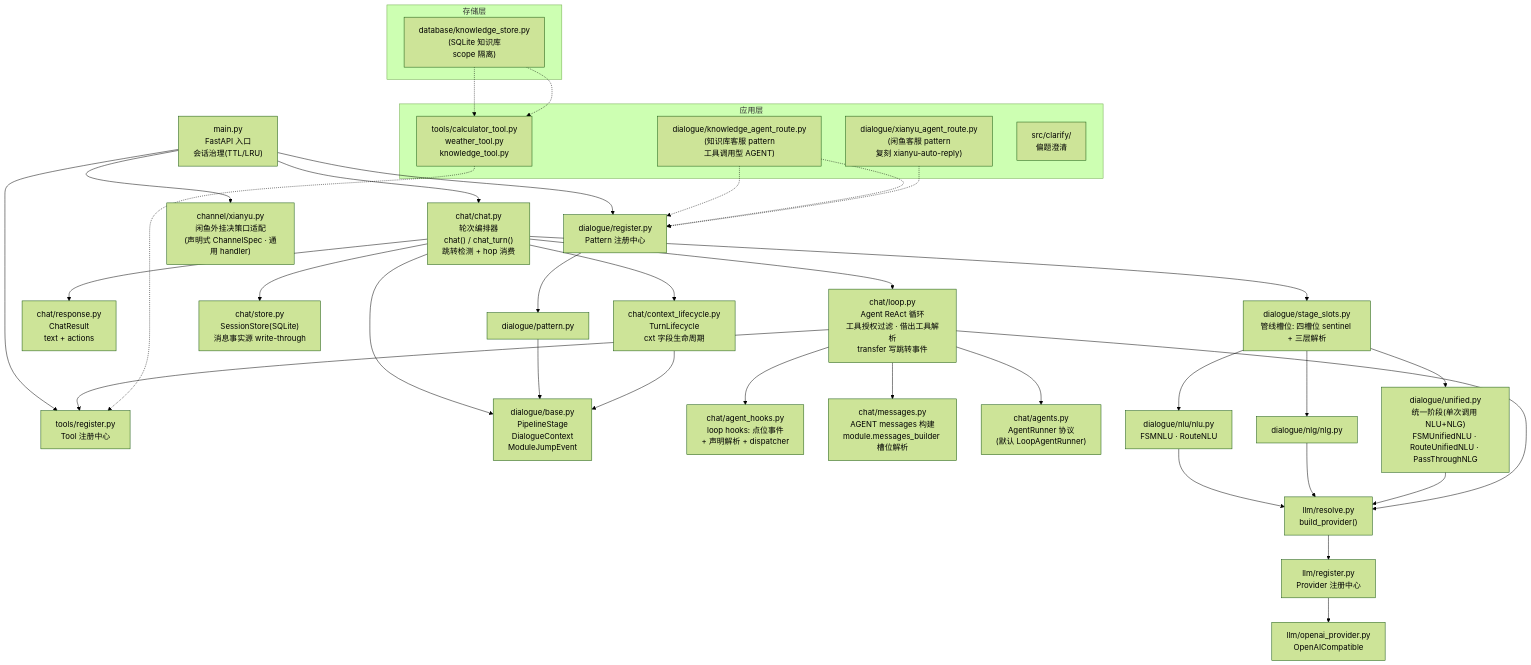
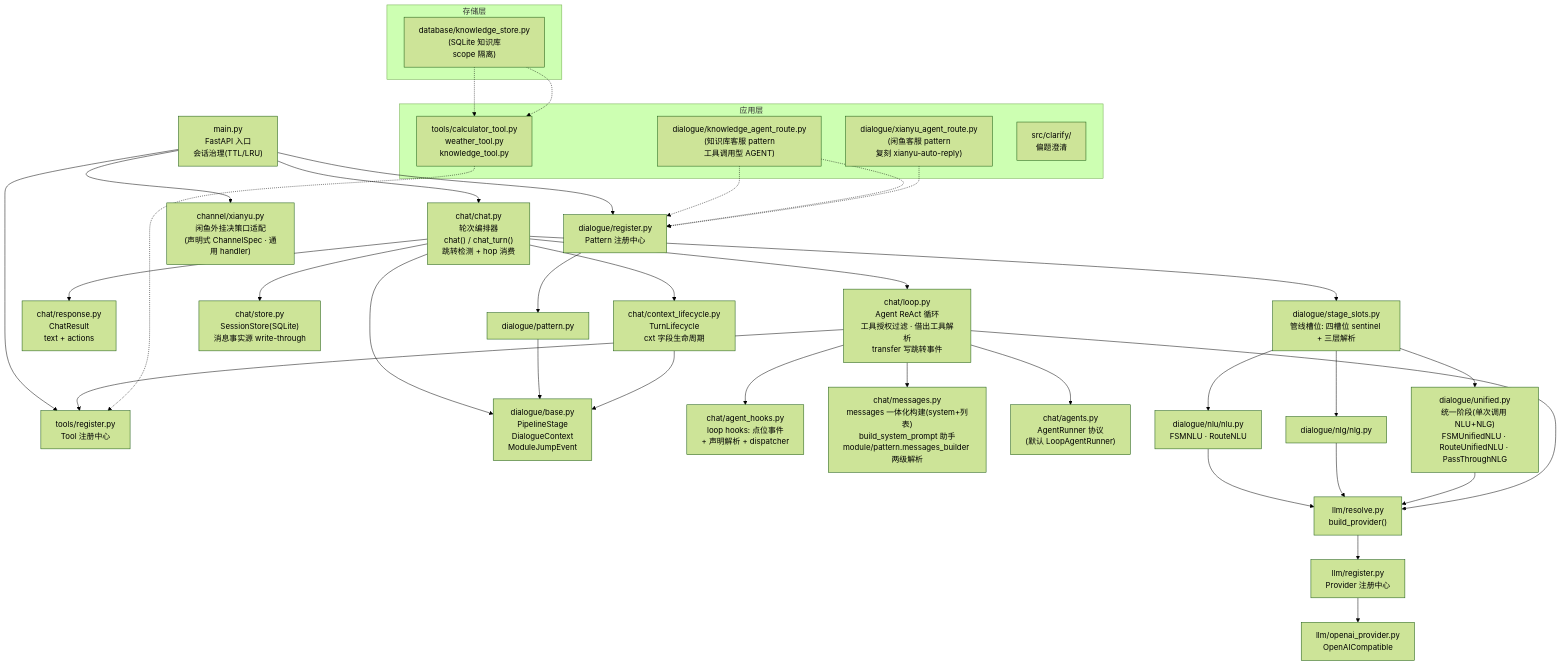
Before and after one commit to chengjian2018/hermes-nexus: the diagram in ARCHITECTURE.md, drawn with Mermaid (forest theme). The commit also changed other lines of this file and 1 other file, not shown here.

First line of the commit message:
docs(architecture): 同步 messages 一体化契约；plan 追加变更记录

````diff
--- a/ARCHITECTURE.md
+++ b/ARCHITECTURE.md
@@ -7,50 +7,50 @@
 ```mermaid
 flowchart TB
     main["main.py<br/>FastAPI 入口<br/>会话治理(TTL/LRU)"] --> chat["chat/chat.py<br/>轮次编排器<br/>chat() / chat_turn()<br/>跳转检测 + hop 消费"]
     main --> preg["dialogue/register.py<br/>Pattern 注册中心"]
     main --> treg["tools/register.py<br/>Tool 注册中心"]
     main --> chan["channel/xianyu.py<br/>闲鱼外挂决策口适配<br/>(声明式 ChannelSpec · 通用 handler)"]
 
     chat --> lc["chat/context_lifecycle.py<br/>TurnLifecycle<br/>cxt 字段生命周期"]
     chat --> resp["chat/response.py<br/>ChatResult<br/>text + actions"]
     chat --> slots["dialogue/stage_slots.py<br/>管线槽位: 四槽位 sentinel + 三层解析"]
     chat --> base["dialogue/base.py<br/>PipelineStage<br/>DialogueContext<br/>ModuleJumpEvent"]
     chat --> store["chat/store.py<br/>SessionStore(SQLite)<br/>消息事实源 write-through"]
 
     chat --> loop2["chat/loop.py<br/>Agent ReAct 循环<br/>工具授权过滤 · 借出工具解析<br/>transfer 写跳转事件"]
     loop2 --> ahooks["chat/agent_hooks.py<br/>loop hooks: 点位事件<br/>+ 声明解析 + dispatcher"]
-    loop2 --> msgs["chat/messages.py<br/>AGENT messages 构建<br/>module.messages_builder 槽位解析"]
+    loop2 --> msgs["chat/messages.py<br/>messages 一体化构建(system+列表)<br/>build_system_prompt 助手<br/>module/pattern.messages_builder 两级解析"]
     loop2 --> agents["chat/agents.py<br/>AgentRunner 协议<br/>(默认 LoopAgentRunner)"]
 
     preg --> pattern["dialogue/pattern.py"]
     pattern --> base
 
     slots --> nlu["dialogue/nlu/nlu.py<br/>FSMNLU · RouteNLU"]
     slots --> nlg["dialogue/nlg/nlg.py"]
     slots --> uni["dialogue/unified.py<br/>统一阶段(单次调用 NLU+NLG)<br/>FSMUnifiedNLU · RouteUnifiedNLU · PassThroughNLG"]
     nlu --> resolve["llm/resolve.py<br/>build_provider()"]
     nlg --> resolve
     uni --> resolve
     loop2 --> resolve
     loop2 --> treg
     lc --> base
 
     resolve --> llmreg["llm/register.py<br/>Provider 注册中心"]
     llmreg --> oai["llm/openai_provider.py<br/>OpenAICompatible"]
 
     subgraph 应用层
         xianyuagent["dialogue/xianyu_agent_route.py<br/>(闲鱼客服 pattern<br/>复刻 xianyu-auto-reply)"]
         kbagent["dialogue/knowledge_agent_route.py<br/>(知识库客服 pattern<br/>工具调用型 AGENT)"]
         tools["tools/calculator_tool.py<br/>weather_tool.py<br/>knowledge_tool.py"]
         clarify["src/clarify/<br/>偏题澄清"]
     end
     subgraph 存储层
         kbs["database/knowledge_store.py<br/>(SQLite 知识库<br/>scope 隔离)"]
     end
     kbagent -.-> preg
     kbs -.-> tools
     kbagent -.-> preg
     kbs -.-> tools
     xianyuagent -.-> preg
     tools -.-> treg
 ```
````
